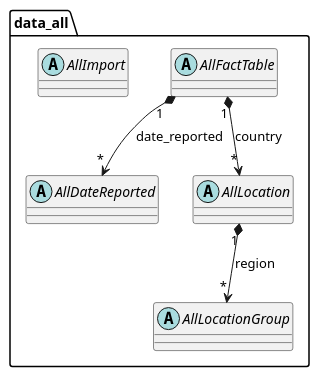
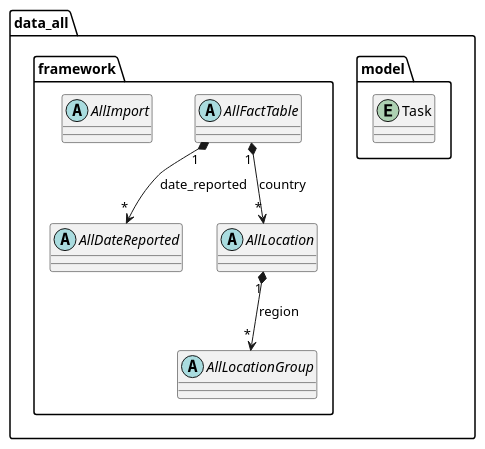
Before and after one commit to thomaswoehlke/flask_covid19: the diagram in docs/uml/project/data_all/model.puml, drawn with PlantUML. The commit also changed 6 other files, not shown here.

```diff
--- a/docs/uml/project/data_all/model.puml
+++ b/docs/uml/project/data_all/model.puml
@@ -1,40 +1,44 @@
 @startuml
 'https://plantuml.com/class-diagram
 
 'abstract class AbstractList
 'abstract AbstractCollection
 'interface List
 'interface Collection
 
 'List <|-- AbstractList
 'Collection <|-- AbstractCollection
 
 'Collection <|- List
 'AbstractCollection <|- AbstractList
 'AbstractList <|-- ArrayList
 
 'class ArrayList {
 'Object[] elementData
 'size()
 '}
 
 'enum TimeUnit {
 'DAYS
 'HOURS
 'MINUTES
 '}
 
-package data_all {
+package data_all.model {
+    entity Task {}
+}
+
+package data_all.framework {
     abstract class AllFactTable {}
     abstract class AllDateReported {}
     abstract class AllImport {}
     abstract class AllLocation {}
     abstract class AllLocationGroup {}
 
     AllLocation "1" *--> "*" AllLocationGroup : region
     AllFactTable "1" *--> "*" AllLocation : country
     AllFactTable "1" *--> "*" AllDateReported : date_reported
 }
 
 
 @enduml
```
